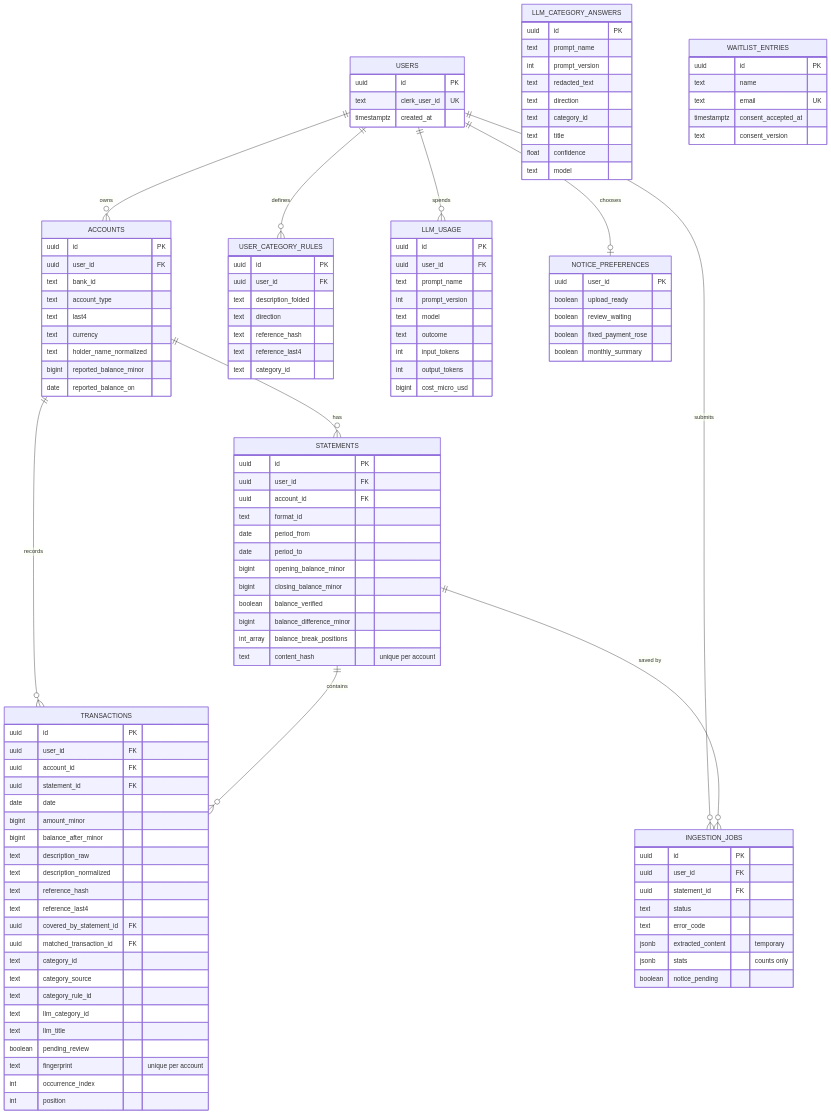
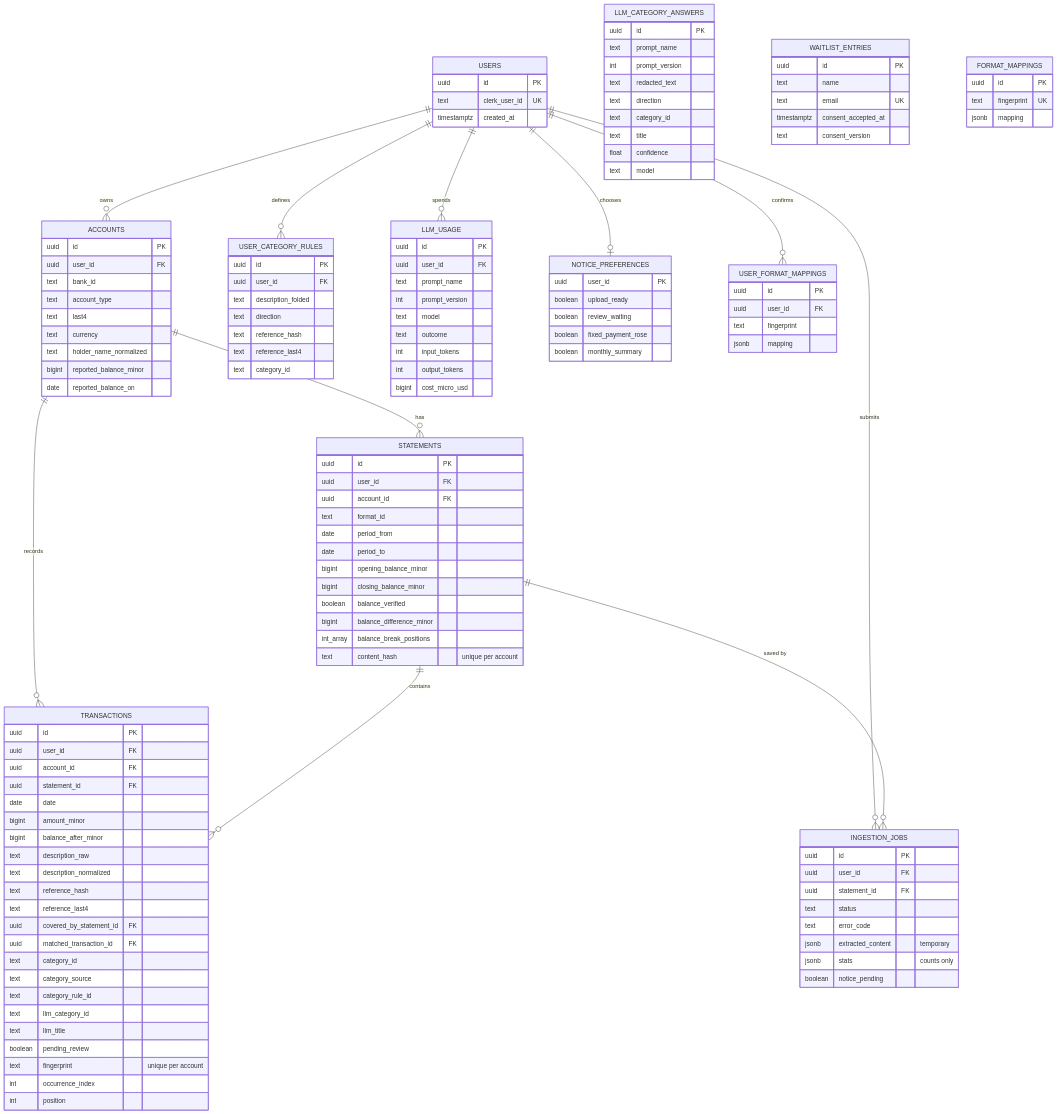
Before and after one commit to ingcarlostello/xtrakto: the third of 7 diagrams in docs/ARCHITECTURE.md, drawn with Mermaid. The commit also changed other lines of this file and 6 other files, not shown here.

Commit message:
docs: saved format mappings

````diff
--- a/docs/ARCHITECTURE.md
+++ b/docs/ARCHITECTURE.md
@@ -190,6 +191,7 @@
     USERS ||--o{ USER_CATEGORY_RULES : defines
     USERS ||--o{ LLM_USAGE : spends
     USERS ||--o| NOTICE_PREFERENCES : chooses
+    USERS ||--o{ USER_FORMAT_MAPPINGS : confirms
     ACCOUNTS ||--o{ STATEMENTS : has
     ACCOUNTS ||--o{ TRANSACTIONS : records
     STATEMENTS ||--o{ TRANSACTIONS : contains
@@ -303,4 +305,15 @@
         timestamptz consent_accepted_at
         text consent_version
     }
+    FORMAT_MAPPINGS {
+        uuid id PK
+        text fingerprint UK
+        jsonb mapping
+    }
+    USER_FORMAT_MAPPINGS {
+        uuid id PK
+        uuid user_id FK
+        text fingerprint
+        jsonb mapping
+    }
 ```
````
